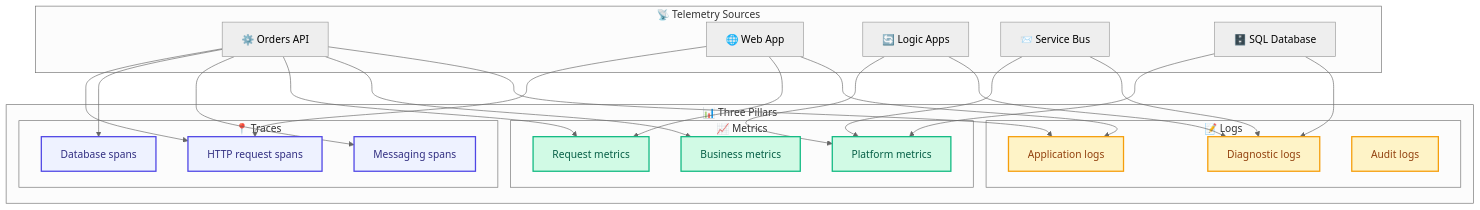
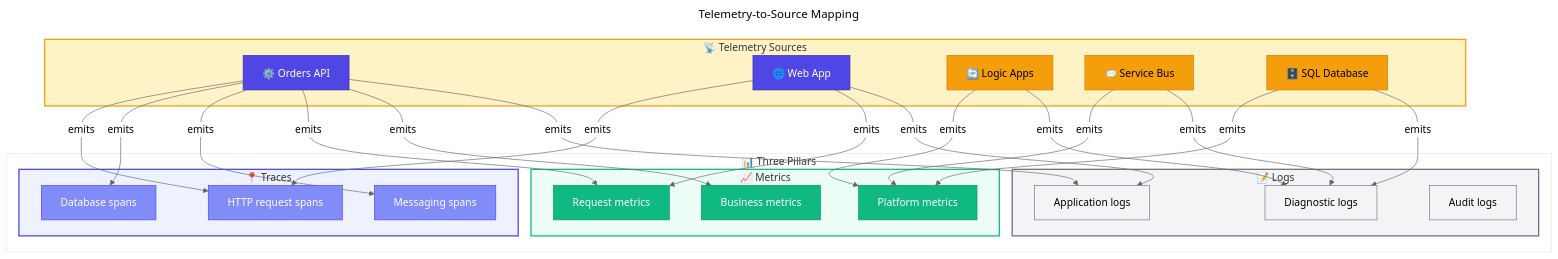
One commit to Evilazaro/Azure-LogicApps-Monitoring changed the seventh of 9 diagrams in docs/architecture/02-data-architecture.md. Above: the diagram before and after it, drawn with Mermaid (neutral theme). The commit also changed other lines of this file, not shown here.

Commit message:
docs: Add titles and enhance styling for mermaid diagrams in telemetry and data dependencies sections for improved clarity and organization

````diff
--- a/docs/architecture/02-data-architecture.md
+++ b/docs/architecture/02-data-architecture.md
@@ -380,47 +380,64 @@
 ```mermaid
+---
+title: Telemetry-to-Source Mapping
+---
 flowchart TB
-    %% Telemetry-to-Source Mapping - Shows which sources emit which pillar data
+    %% ===== CLASS DEFINITIONS =====
+    classDef primary fill:#4F46E5,stroke:#3730A3,color:#FFFFFF
+    classDef secondary fill:#10B981,stroke:#059669,color:#FFFFFF
+    classDef datastore fill:#F59E0B,stroke:#D97706,color:#000000
+    classDef external fill:#6B7280,stroke:#4B5563,color:#FFFFFF,stroke-dasharray: 5 5
+    classDef failed fill:#F44336,stroke:#C62828,color:#FFFFFF
+    classDef trigger fill:#818CF8,stroke:#4F46E5,color:#FFFFFF
+    classDef decision fill:#FFFBEB,stroke:#F59E0B,color:#000000
+    classDef input fill:#F3F4F6,stroke:#6B7280,color:#000000
+
+    %% ===== TELEMETRY SOURCES =====
     subgraph Sources["📡 Telemetry Sources"]
         API["⚙️ Orders API"]
         Web["🌐 Web App"]
         LA["🔄 Logic Apps"]
         SB["📨 Service Bus"]
         SQL["🗄️ SQL Database"]
     end
+    style Sources fill:#FEF3C7,stroke:#F59E0B,stroke-width:2px
 
+    %% ===== THREE PILLARS =====
     subgraph Pillars["📊 Three Pillars"]
-        subgraph Traces["📍 Traces"]
+        subgraph TracesSubgraph["📍 Traces"]
             T1["HTTP request spans"]
             T2["Database spans"]
             T3["Messaging spans"]
         end
+        style TracesSubgraph fill:#EEF2FF,stroke:#4F46E5,stroke-width:2px
 
-        subgraph Metrics["📈 Metrics"]
+        subgraph MetricsSubgraph["📈 Metrics"]
             M1["Request metrics"]
             M2["Business metrics"]
             M3["Platform metrics"]
         end
+        style MetricsSubgraph fill:#ECFDF5,stroke:#10B981,stroke-width:2px
 
-        subgraph Logs["📝 Logs"]
+        subgraph LogsSubgraph["📝 Logs"]
             L1["Application logs"]
             L2["Diagnostic logs"]
             L3["Audit logs"]
         end
+        style LogsSubgraph fill:#F3F4F6,stroke:#6B7280,stroke-width:2px
     end
+    style Pillars fill:#FFFFFF,stroke:#E5E7EB,stroke-width:1px
 
-    %% Source to pillar mappings
-    API --> T1 & T2 & T3 & M1 & M2 & L1
-    Web --> T1 & M1 & L1
-    LA --> M3 & L2
-    SB --> M3 & L2
-    SQL --> M3 & L2
+    %% ===== SOURCE TO PILLAR MAPPINGS =====
+    API -->|"emits"| T1 & T2 & T3 & M1 & M2 & L1
+    Web -->|"emits"| T1 & M1 & L1
+    LA -->|"emits"| M3 & L2
+    SB -->|"emits"| M3 & L2
+    SQL -->|"emits"| M3 & L2
 
-    %% Modern color palette - WCAG AA compliant
-    classDef trace fill:#EEF2FF,stroke:#4F46E5,stroke-width:2px,color:#312E81
-    classDef metric fill:#D1FAE5,stroke:#10B981,stroke-width:2px,color:#065F46
-    classDef log fill:#FEF3C7,stroke:#F59E0B,stroke-width:2px,color:#92400E
-
-    class T1,T2,T3 trace
-    class M1,M2,M3 metric
-    class L1,L2,L3 log
+    %% ===== APPLY CLASSES =====
+    class API,Web primary
+    class LA,SB,SQL datastore
+    class T1,T2,T3 trigger
+    class M1,M2,M3 secondary
+    class L1,L2,L3 input
 ```
````
